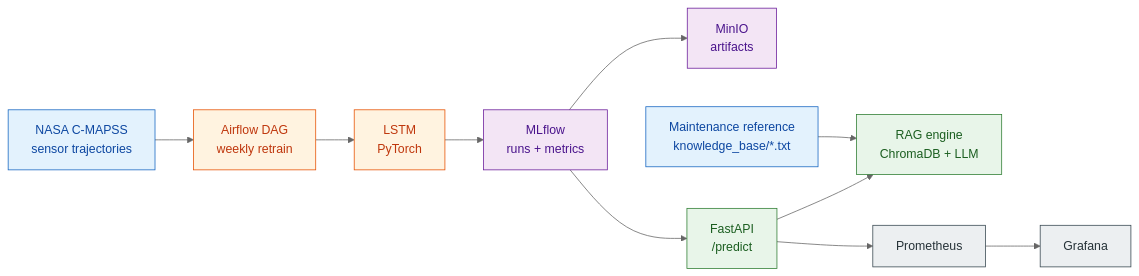
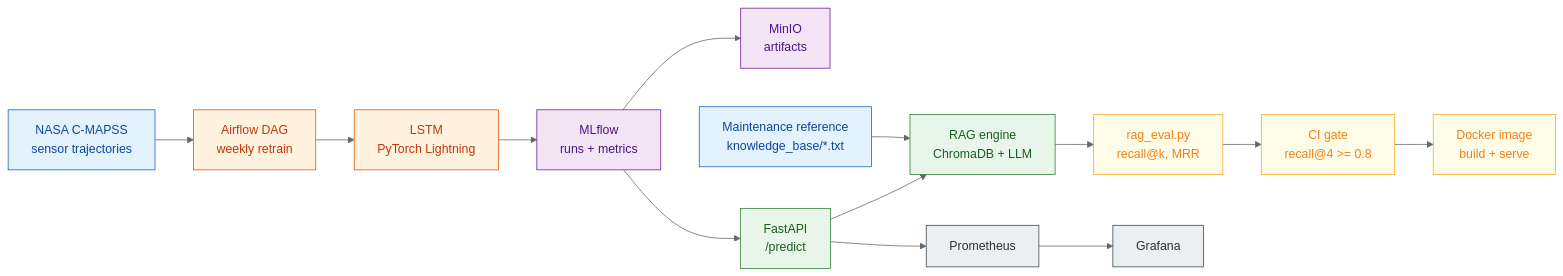
The first of 2 diagrams in README.md (ksnishat/aeropredict-platform), drawn with Mermaid (neutral theme) before and after one commit. The commit also changed other lines of this file, not shown here.

First line of the commit message:
docs: bring README up to date and add a request-path diagram

````diff
--- a/README.md
+++ b/README.md
@@ -47,24 +51,29 @@
 ```mermaid
 flowchart LR
     CMAPSS["NASA C-MAPSS<br/>sensor trajectories"] --> DAG["Airflow DAG<br/>weekly retrain"]
-    DAG --> LSTM["LSTM<br/>PyTorch"]
+    DAG --> LSTM["LSTM<br/>PyTorch Lightning"]
     LSTM --> MLflow["MLflow<br/>runs + metrics"]
     MLflow --> MinIO["MinIO<br/>artifacts"]
     MLflow --> API["FastAPI<br/>/predict"]
     KB["Maintenance reference<br/>knowledge_base/*.txt"] --> RAG["RAG engine<br/>ChromaDB + LLM"]
     API --> RAG
+    RAG --> EVAL["rag_eval.py<br/>recall@k, MRR"]
+    EVAL --> CI["CI gate<br/>recall@4 >= 0.8"]
     API --> Prom["Prometheus"]
     Prom --> Graf["Grafana"]
+    CI --> IMG["Docker image<br/>build + serve"]
 
     classDef data fill:#e3f2fd,stroke:#1565c0,stroke-width:1px,color:#0d47a1
     classDef train fill:#fff3e0,stroke:#e65100,stroke-width:1px,color:#bf360c
     classDef track fill:#f3e5f5,stroke:#6a1b9a,stroke-width:1px,color:#4a148c
     classDef serve fill:#e8f5e9,stroke:#2e7d32,stroke-width:1px,color:#1b5e20
     classDef observe fill:#eceff1,stroke:#37474f,stroke-width:1px,color:#263238
+    classDef gate fill:#fffde7,stroke:#f9a825,stroke-width:1px,color:#f57f17
 
     class CMAPSS,KB data
     class DAG,LSTM train
     class MLflow,MinIO track
     class API,RAG serve
     class Prom,Graf observe
+    class EVAL,CI,IMG gate
 ```
````
